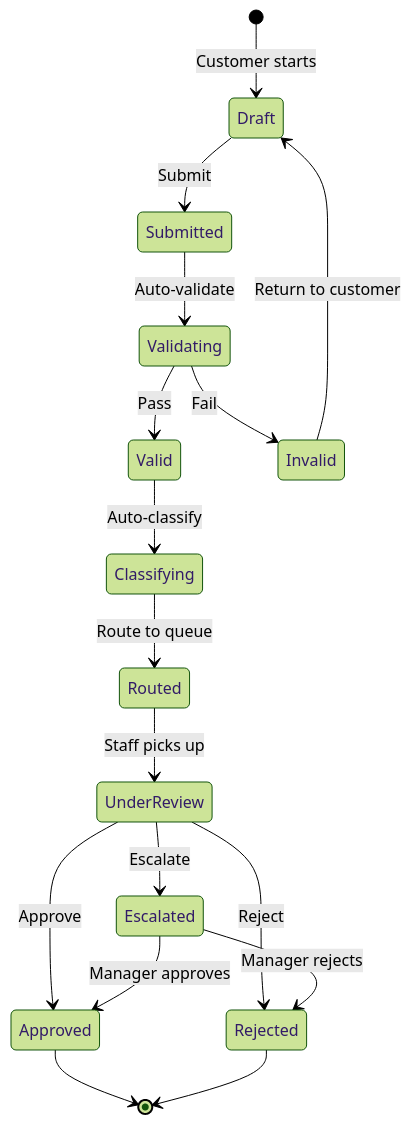
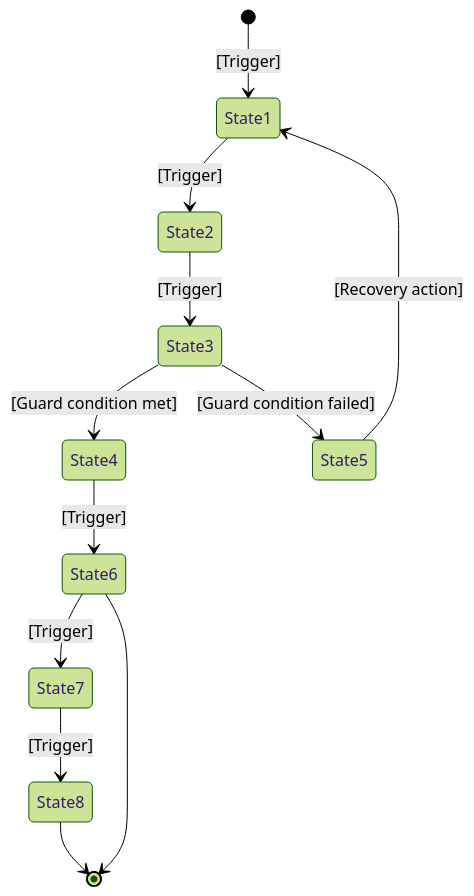
Before and after one commit to oat431/swe-knowledge: the fourth of 5 diagrams in document-template/09_Systems_Architecture_and_Design/MBSE-Models.md, drawn with Mermaid (forest theme). The commit also changed other lines of this file and 50 other files, not shown here.

````diff
--- a/document-template/09_Systems_Architecture_and_Design/MBSE-Models.md
+++ b/document-template/09_Systems_Architecture_and_Design/MBSE-Models.md
@@ -138,19 +138,14 @@
 ```mermaid
 stateDiagram-v2
-    [*] --> Draft: Customer starts
-    Draft --> Submitted: Submit
-    Submitted --> Validating: Auto-validate
-    Validating --> Valid: Pass
-    Validating --> Invalid: Fail
-    Invalid --> Draft: Return to customer
-    Valid --> Classifying: Auto-classify
-    Classifying --> Routed: Route to queue
-    Routed --> UnderReview: Staff picks up
-    UnderReview --> Approved: Approve
-    UnderReview --> Rejected: Reject
-    UnderReview --> Escalated: Escalate
-    Escalated --> Approved: Manager approves
-    Escalated --> Rejected: Manager rejects
-    Approved --> [*]
-    Rejected --> [*]
+    [*] --> State1: [Trigger]
+    State1 --> State2: [Trigger]
+    State2 --> State3: [Trigger]
+    State3 --> State4: [Guard condition met]
+    State3 --> State5: [Guard condition failed]
+    State5 --> State1: [Recovery action]
+    State4 --> State6: [Trigger]
+    State6 --> State7: [Trigger]
+    State7 --> State8: [Trigger]
+    State8 --> [*]
+    State6 --> [*]
 ```
````
